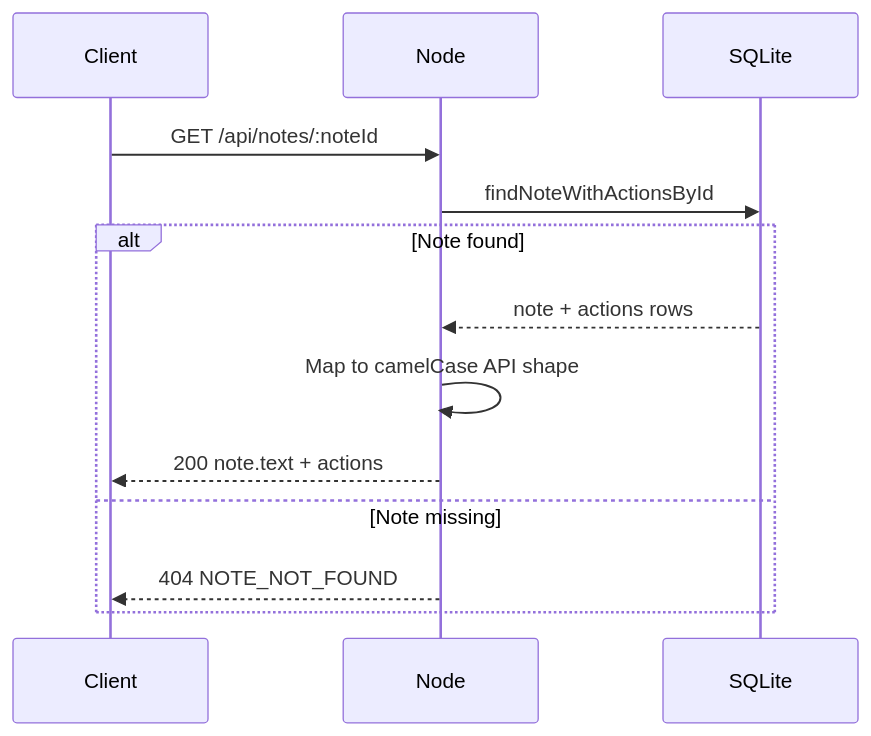
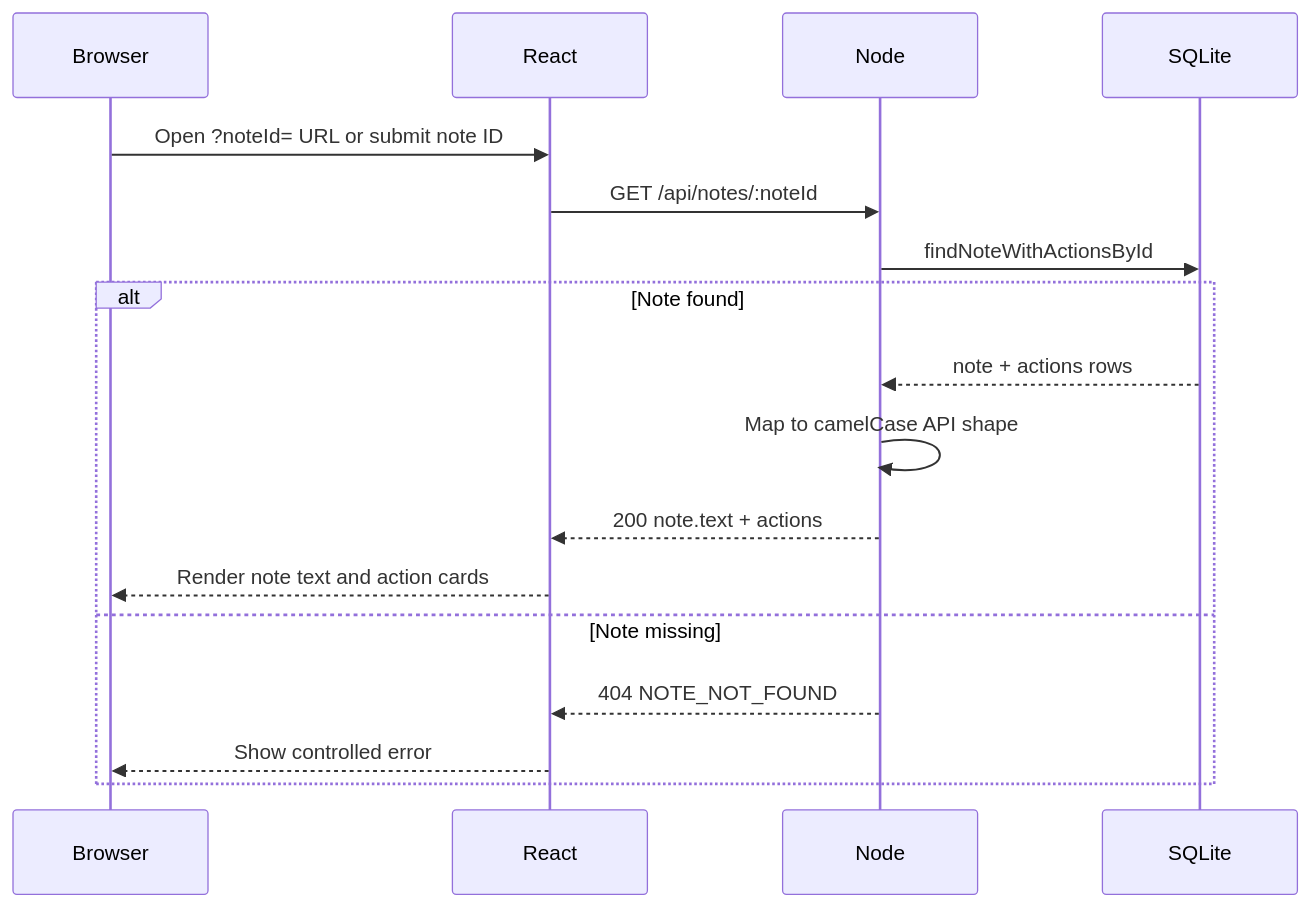
The third of 4 diagrams in docs/architecture.md (kerenschoss369/clinical-follow-up-detector), drawn with Mermaid before and after one commit. The commit also changed other lines of this file and 4 other files, not shown here.

Commit message:
docs: refresh README, architecture, and integration guides

````diff
--- a/docs/architecture.md
+++ b/docs/architecture.md
@@ -74,15 +75,19 @@
 ```mermaid
 sequenceDiagram
-  participant Client
+  participant Browser
+  participant React
   participant Node
   participant DB as SQLite
-  Client->>Node: GET /api/notes/:noteId
+  Browser->>React: Open ?noteId= URL or submit note ID
+  React->>Node: GET /api/notes/:noteId
   Node->>DB: findNoteWithActionsById
   alt Note found
     DB-->>Node: note + actions rows
     Node->>Node: Map to camelCase API shape
-    Node-->>Client: 200 note.text + actions
+    Node-->>React: 200 note.text + actions
+    React-->>Browser: Render note text and action cards
   else Note missing
-    Node-->>Client: 404 NOTE_NOT_FOUND
+    Node-->>React: 404 NOTE_NOT_FOUND
+    React-->>Browser: Show controlled error
   end
 ```
````
